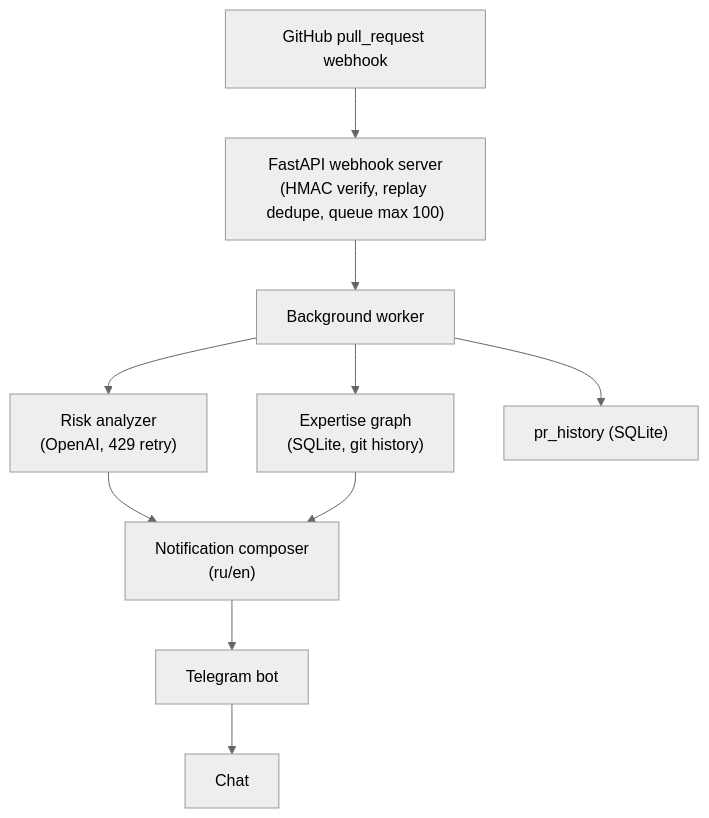
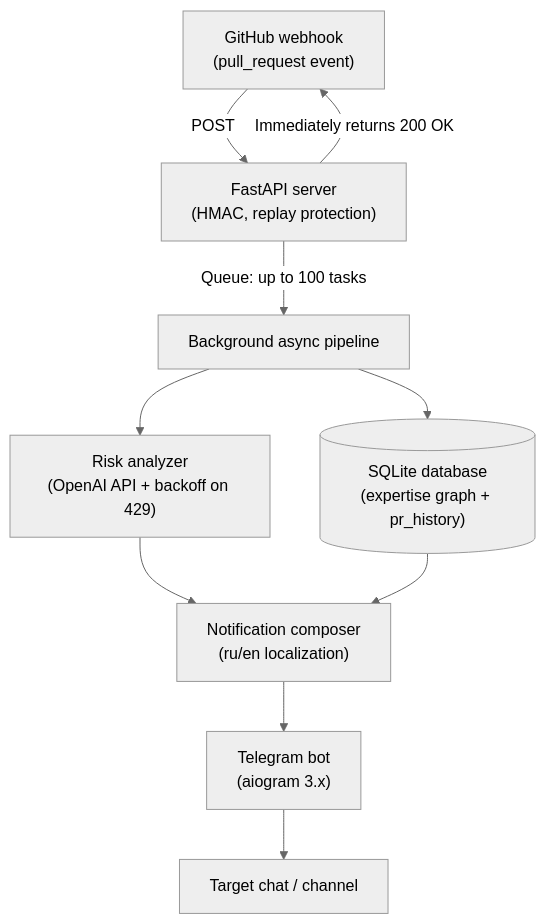
The diagram in README.md (Undy19/PR-Sentinel), drawn with Mermaid (neutral theme) before and after one commit. The commit also changed 1 other file, not shown here.

Commit message:
docs(readme): refine architecture pipeline diagram

````diff
--- a/README.md
+++ b/README.md
@@ -27,12 +27,15 @@
 ```mermaid
-flowchart TD
-    A["GitHub pull_request webhook"] --> B["FastAPI webhook server<br/>(HMAC verify, replay dedupe, queue max 100)"]
-    B --> C["Background worker"]
-    C --> D["Risk analyzer<br/>(OpenAI, 429 retry)"]
-    C --> E["Expertise graph<br/>(SQLite, git history)"]
-    D --> F["Notification composer<br/>(ru/en)"]
+graph TD
+    A["GitHub webhook<br/>(pull_request event)"] -->|POST| B["FastAPI server<br/>(HMAC, replay protection)"]
+    B -->|Immediately returns 200 OK| A
+    B -->|Queue: up to 100 tasks| C["Background async pipeline"]
+
+    C --> D["Risk analyzer<br/>(OpenAI API + backoff on 429)"]
+    C --> E[("SQLite database<br/>(expertise graph + pr_history)")]
+
+    D --> F["Notification composer<br/>(ru/en localization)"]
     E --> F
-    F --> G["Telegram bot"]
-    G --> H["Chat"]
-    C --> I["pr_history (SQLite)"]
+
+    F --> G["Telegram bot<br/>(aiogram 3.x)"]
+    G --> H["Target chat / channel"]
 ```
````
